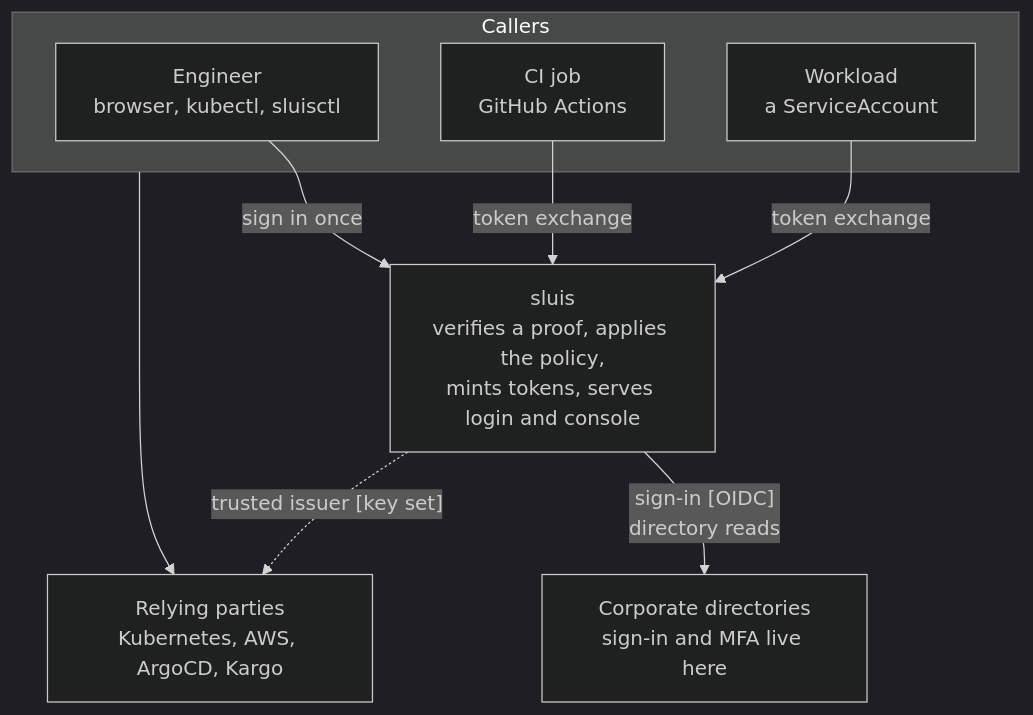
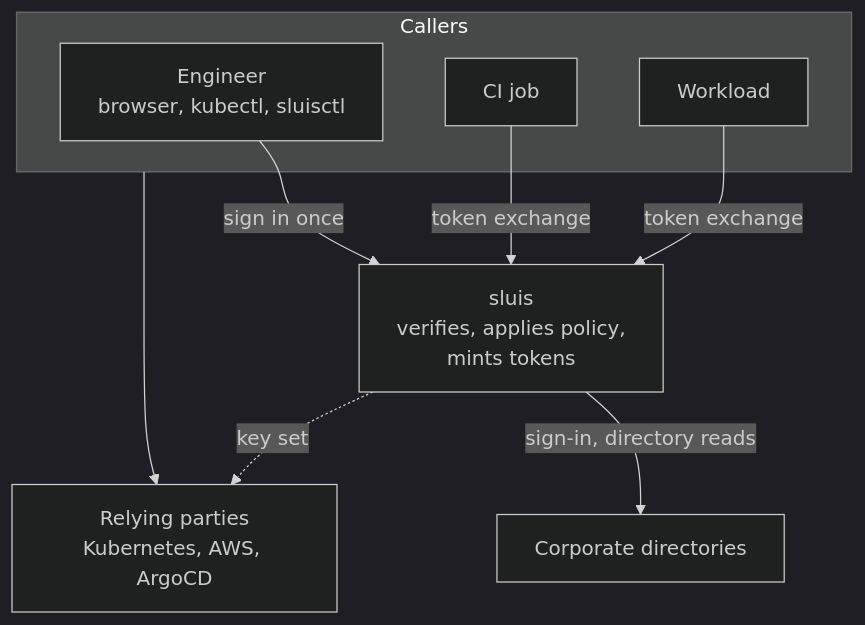
The first of 2 diagrams in docs/concepts/sluis/architecture.md (truvity/sluis), drawn with Mermaid (dark theme) before and after one commit. The commit also changed other lines of this file and 61 other files, not shown here.

````diff
--- a/docs/concepts/sluis/architecture.md
+++ b/docs/concepts/sluis/architecture.md
@@ -21,17 +9,17 @@
 ```mermaid
 flowchart TB
   subgraph callers["Callers"]
     person["Engineer<br/>browser, kubectl, sluisctl"]
-    ci["CI job<br/>GitHub Actions"]
-    workload["Workload<br/>a ServiceAccount"]
+    ci["CI job"]
+    workload["Workload"]
   end
-  ar["sluis<br/>verifies a proof, applies the policy,<br/>mints tokens, serves login and console"]
-  idp["Corporate directories<br/>sign-in and MFA live here"]
-  rp["Relying parties<br/>Kubernetes, AWS, ArgoCD, Kargo"]
+  ar["sluis<br/>verifies, applies policy,<br/>mints tokens"]
+  idp["Corporate directories"]
+  rp["Relying parties<br/>Kubernetes, AWS, ArgoCD"]
   person -- "sign in once" --> ar
   ci -- "token exchange" --> ar
   workload -- "token exchange" --> ar
-  ar -- "sign-in [OIDC]<br/>directory reads" --> idp
-  ar -. "trusted issuer [key set]" .-> rp
+  ar -- "sign-in, directory reads" --> idp
+  ar -. "key set" .-> rp
   callers --> rp
 ```
````
